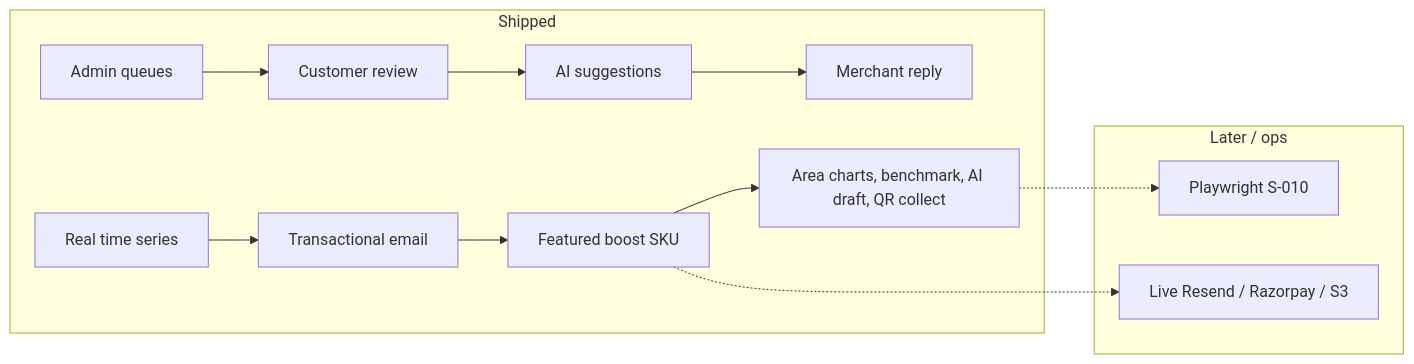
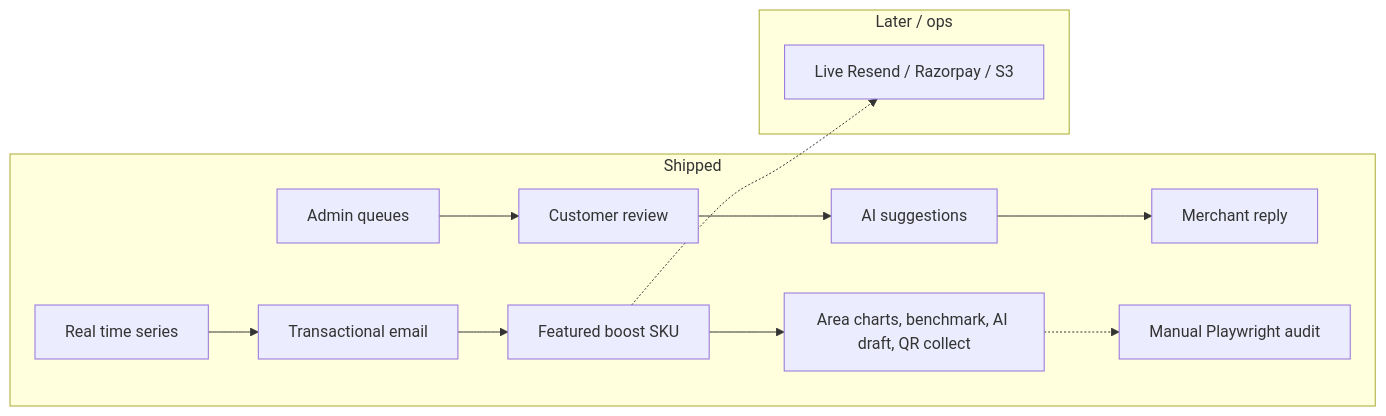
One commit to krishnaviswa/MEngPlat changed diagram 21 of 21 in README.md. Above: the diagram before and after it, drawn with Mermaid. The commit also changed other lines of this file and 90 other files, not shown here.

````diff
--- a/README.md
+++ b/README.md
@@ -2582,22 +2607,22 @@
 ```mermaid
 flowchart LR
   subgraph shipped [Shipped]
     Cust[Customer review]
     AI[AI suggestions]
     Merch[Merchant reply]
     Adm[Admin queues]
     Charts[Real time series]
     Email[Transactional email]
     Fees[Featured boost SKU]
     Intel[Area charts, benchmark, AI draft, QR collect]
+    E2E[Manual Playwright audit]
   end
   subgraph later [Later / ops]
-    E2E[Playwright S-010]
     Keys[Live Resend / Razorpay / S3]
   end
   Cust --> AI --> Merch
   Adm --> Cust
   Charts --> Email --> Fees --> Intel
   Intel -.-> E2E
   Fees -.-> Keys
 ```
````
